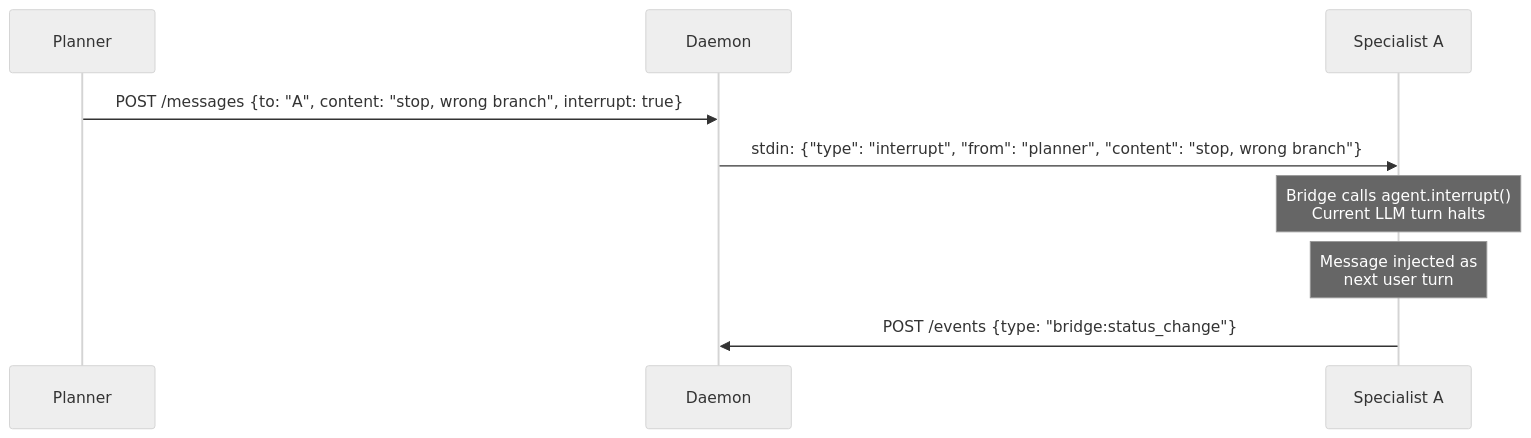
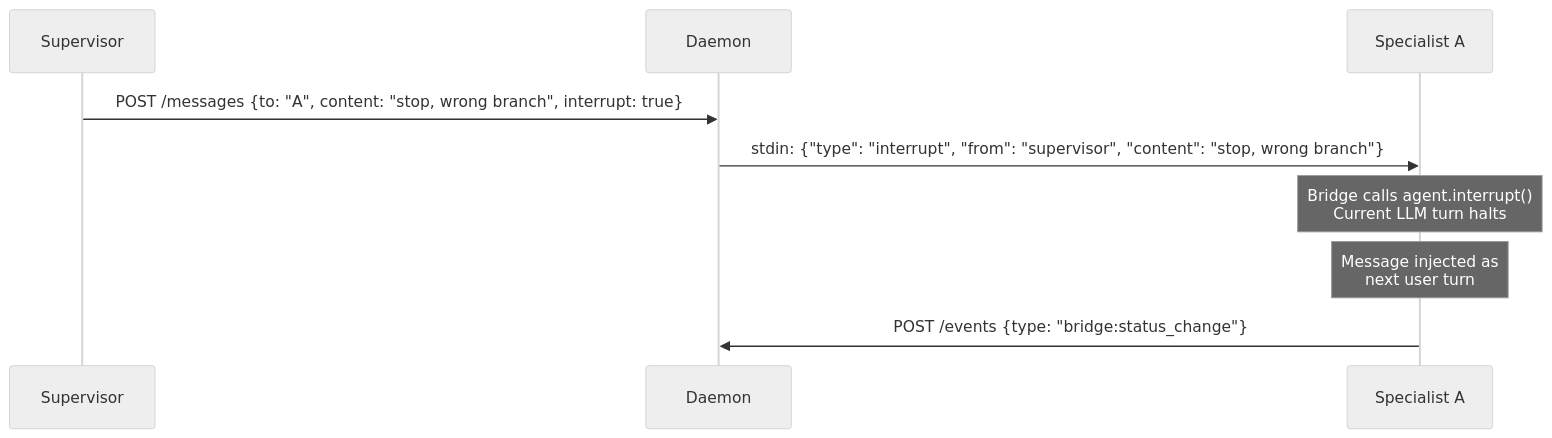
The fourth of 11 diagrams in docs/AGENT_ARCHITECTURE.md (donovan-yohan/belayer), drawn with Mermaid (neutral theme) before and after one commit. The commit also changed other lines of this file and 2 other files, not shown here.

First line of the commit message:
docs: update architecture docs and prompts for supervisor rename and tool gating

````diff
--- a/docs/AGENT_ARCHITECTURE.md
+++ b/docs/AGENT_ARCHITECTURE.md
@@ -151,12 +151,12 @@
 ```mermaid
 sequenceDiagram
-    participant P as Planner
+    participant P as Supervisor
     participant D as Daemon
     participant A as Specialist A
 
     P->>D: POST /messages {to: "A", content: "stop, wrong branch", interrupt: true}
-    D->>A: stdin: {"type": "interrupt", "from": "planner", "content": "stop, wrong branch"}
+    D->>A: stdin: {"type": "interrupt", "from": "supervisor", "content": "stop, wrong branch"}
     Note over A: Bridge calls agent.interrupt()<br/>Current LLM turn halts
     Note over A: Message injected as<br/>next user turn
     A->>D: POST /events {type: "bridge:status_change"}
 ```
````
